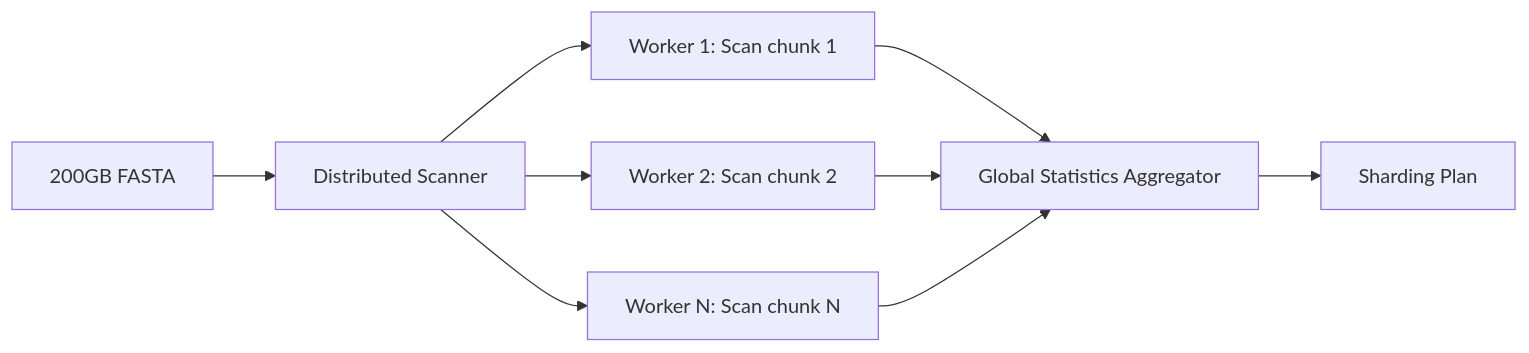
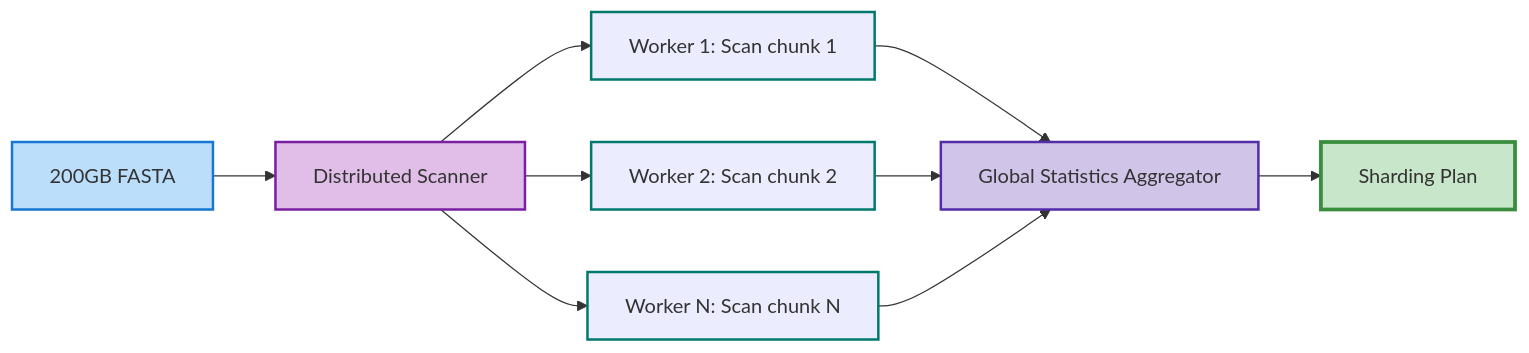
One commit to bfowle/talaria changed the first of 3 diagrams in docs/src/advanced/distributed-processing.md. Above: the diagram before and after it, drawn with Mermaid. The commit also changed other lines of this file and 104 other files, not shown here.

Commit message:
feat: implement content-addressed storage graph (CASG) foundation

````diff
--- a/docs/src/advanced/distributed-processing.md
+++ b/docs/src/advanced/distributed-processing.md
@@ -75,11 +75,19 @@
 ```mermaid
 graph LR
     A[200GB FASTA] --> B[Distributed Scanner]
     B --> C1[Worker 1: Scan chunk 1]
     B --> C2[Worker 2: Scan chunk 2]
     B --> CN[Worker N: Scan chunk N]
     C1 --> D[Global Statistics Aggregator]
     C2 --> D
     CN --> D
     D --> E[Sharding Plan]
+
+    style A stroke:#1976d2,stroke-width:2px,fill:#bbdefb
+    style B stroke:#7b1fa2,stroke-width:2px,fill:#e1bee7
+    style C1 stroke:#00796b,stroke-width:2px
+    style C2 stroke:#00796b,stroke-width:2px
+    style CN stroke:#00796b,stroke-width:2px
+    style D stroke:#512da8,stroke-width:2px,fill:#d1c4e9
+    style E stroke:#388e3c,stroke-width:3px,fill:#c8e6c9
 ```
````
